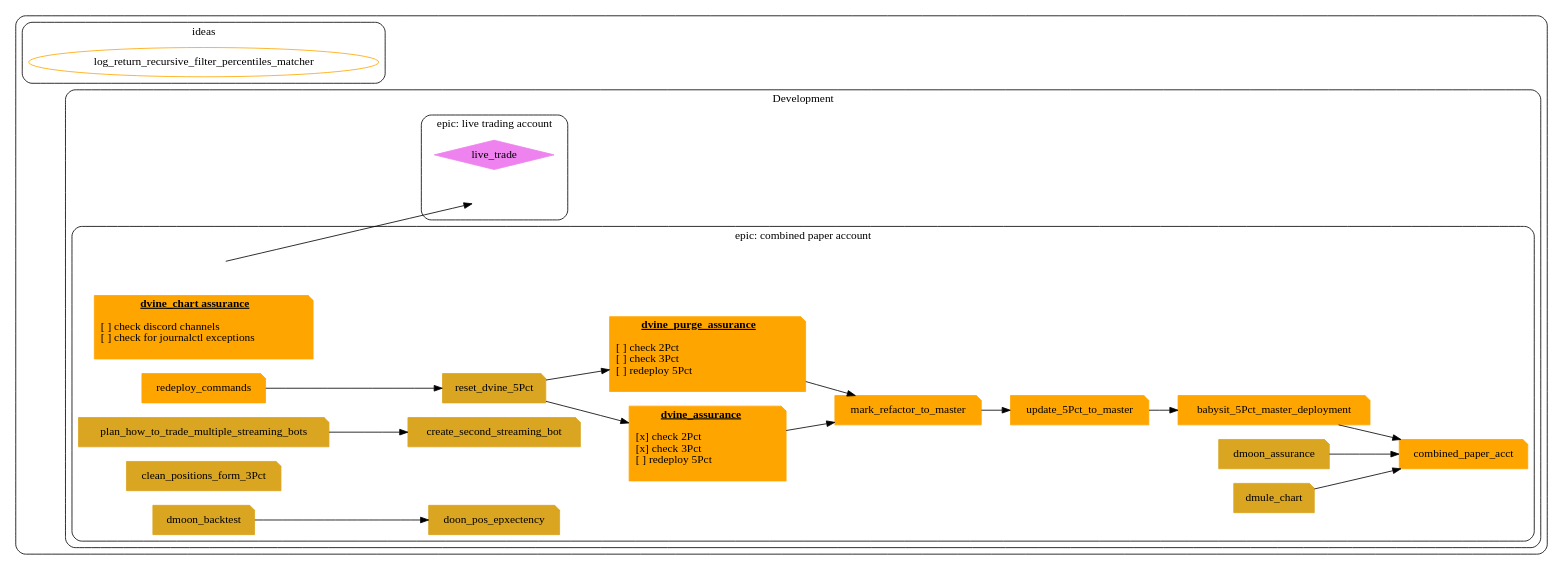
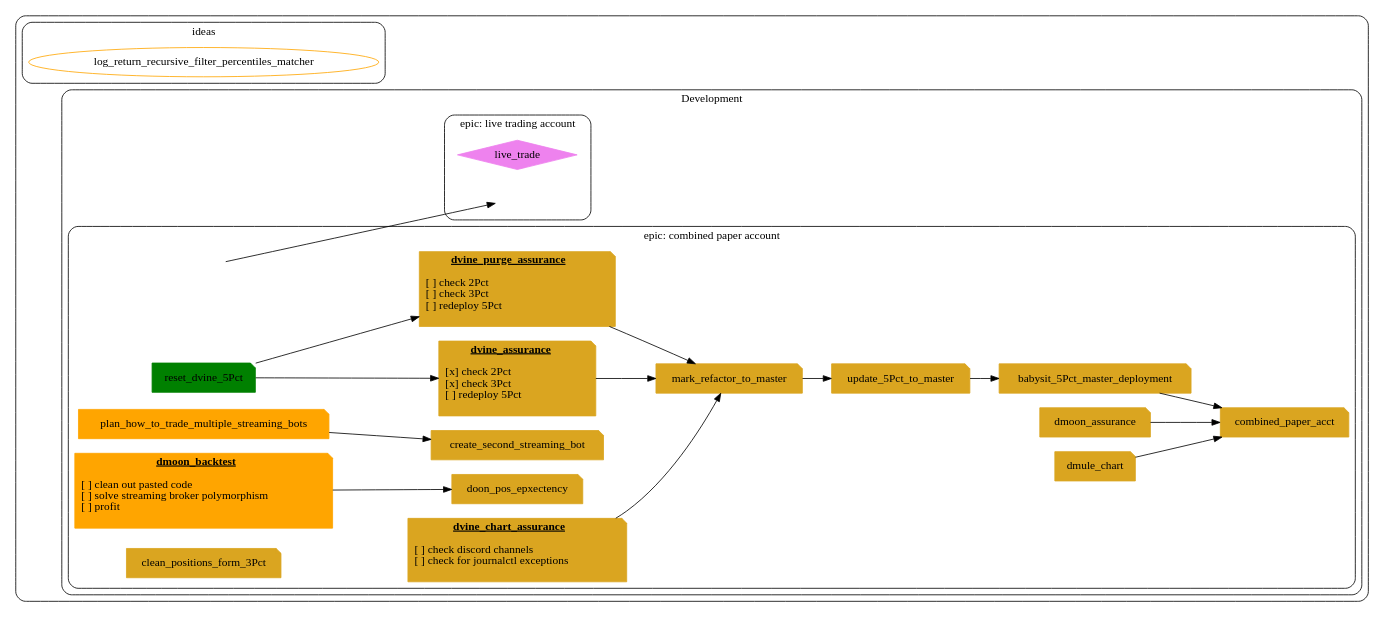
The diagram in tasks.dot (webclinic017/dvault), drawn with Graphviz before and after one commit. The commit also changed other lines of this file, not shown here.

```diff
--- a/tasks.dot
+++ b/tasks.dot
@@ -1,149 +1,166 @@
 /*
  * d* tasks
  */
 digraph G {
 
 graph [fontname = "Handlee"];
 node [fontname = "Handlee" shape=note style=filled color=goldenrod];
 edge [fontname = "Handlee"];
 rankdir=LR;
 style="rounded"
 compound=true
 
 
 subgraph cluster_main{
   // label="Quathar"
 
 subgraph cluster_ideas{
   label="ideas"
   node [style=none shape=oval color=orange]
   log_return_recursive_filter_percentiles_matcher
 }
 
 subgraph cluster_dev {
   label="Development"
 
   node[shape=none]
 
   subgraph cluster_epic{
     
     label="epic: combined paper account"
     epic[label="" style="invisible"]
 
+    // DONE
+    node[fontname = "Handlee" shape=note style=filled color=green];
+    
+    reset_dvine_5Pct
+    
     // UNDERWAY
     node[fontname = "Handlee" shape=note style=filled color=orange]
 
+    plan_how_to_trade_multiple_streaming_bots
+    dmoon_backtest[
+        label=<
+        <B><U>dmoon_backtest</U></B>
+        <BR/>
+        <BR ALIGN="LEFT"/> [ ] clean out pasted code
+        <BR ALIGN="LEFT"/> [ ] solve streaming broker polymorphism
+        <BR ALIGN="LEFT"/> [ ] profit
+        <BR ALIGN="LEFT"/>
+        >]
+    
+    // TODO
+    node [fontname = "Handlee" shape=note style=filled color=goldenrod];
     mark_refactor_to_master->update_5Pct_to_master
 
     update_5Pct_to_master->babysit_5Pct_master_deployment
     babysit_5Pct_master_deployment->combined_paper_acct
     
     dvine_assurance[
         label=<
         <B><U>dvine_assurance</U></B>
         <BR/>
         <BR ALIGN="LEFT"/> [x] check 2Pct
         <BR ALIGN="LEFT"/> [x] check 3Pct
         <BR ALIGN="LEFT"/> [ ] redeploy 5Pct
         <BR ALIGN="LEFT"/>
         >]
 
     dvine_assurance->mark_refactor_to_master
 
     dvine_chart_assurance[
         label=<
-        <B><U>dvine_chart assurance</U></B>
+        <B><U>dvine_chart_assurance</U></B>
         <BR/>
         <BR ALIGN="LEFT"/> [ ] check discord channels
         <BR ALIGN="LEFT"/> [ ] check for journalctl exceptions
         <BR ALIGN="LEFT"/>
         >]
 
 
     
     
 
     dvine_purge_assurance[
         label=<
         <B><U>dvine_purge_assurance</U></B>
         <BR/>
         <BR ALIGN="LEFT"/> [ ] check 2Pct
         <BR ALIGN="LEFT"/> [ ] check 3Pct
         <BR ALIGN="LEFT"/> [ ] redeploy 5Pct
         <BR ALIGN="LEFT"/>
         >]
 
-    redeploy_commands
+    
 
     // TODO
     node [fontname = "Handlee" shape=note style=filled color=goldenrod]
 
     plan_how_to_trade_multiple_streaming_bots->create_second_streaming_bot
     dvine_purge_assurance->mark_refactor_to_master
     dmoon_assurance->combined_paper_acct
 
     dmule_chart->combined_paper_acct
 
     clean_positions_form_3Pct
 
     reset_dvine_5Pct->dvine_assurance
     reset_dvine_5Pct->dvine_purge_assurance
-    redeploy_commands->reset_dvine_5Pct
 
+    dvine_chart_assurance->mark_refactor_to_master
     
     dmoon_backtest->doon_pos_epxectency
-
 
     
 
 
   }
 
 
   subgraph cluster_next_epic{
     label="epic: live trading account"
 
     live_trade[shape=diamond color=violet]
 
     node[shape=none]
     next_epic[label="" style="invisible"]
   }
 }
 
 epic->next_epic
 
 
 
 //placeholder_2
 
 } //cluster_
 
 /*
 subgraph cluster_flegend{
 subgraph cluster_legend{
   label="legend"
   bgcolor=transparent;
   fontsize=24
 idea [style=none shape=oval color=orange]
 todo [fontname = "Handlee" shape=note style=filled color=goldenrod];
 done [fontname = "Handlee" shape=note style=filled color=green];
 underway [fontname = "Handlee" shape=note style=filled color=orange];
 bug [fontname = "Handlee" shape=note style=filled color=red];
 goal [shape=diamond color=violet]
 
 todo->done[style=invis,] // for layout
 idea->underway[style=invis,] // for layout
 
 
 }
 }
 */
 
 
 
 
 
 
 
 
 }
```
